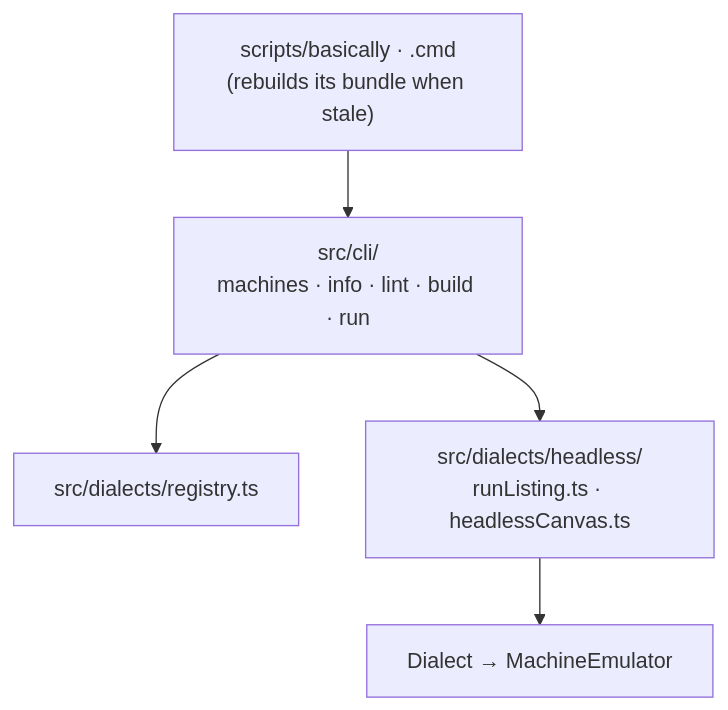
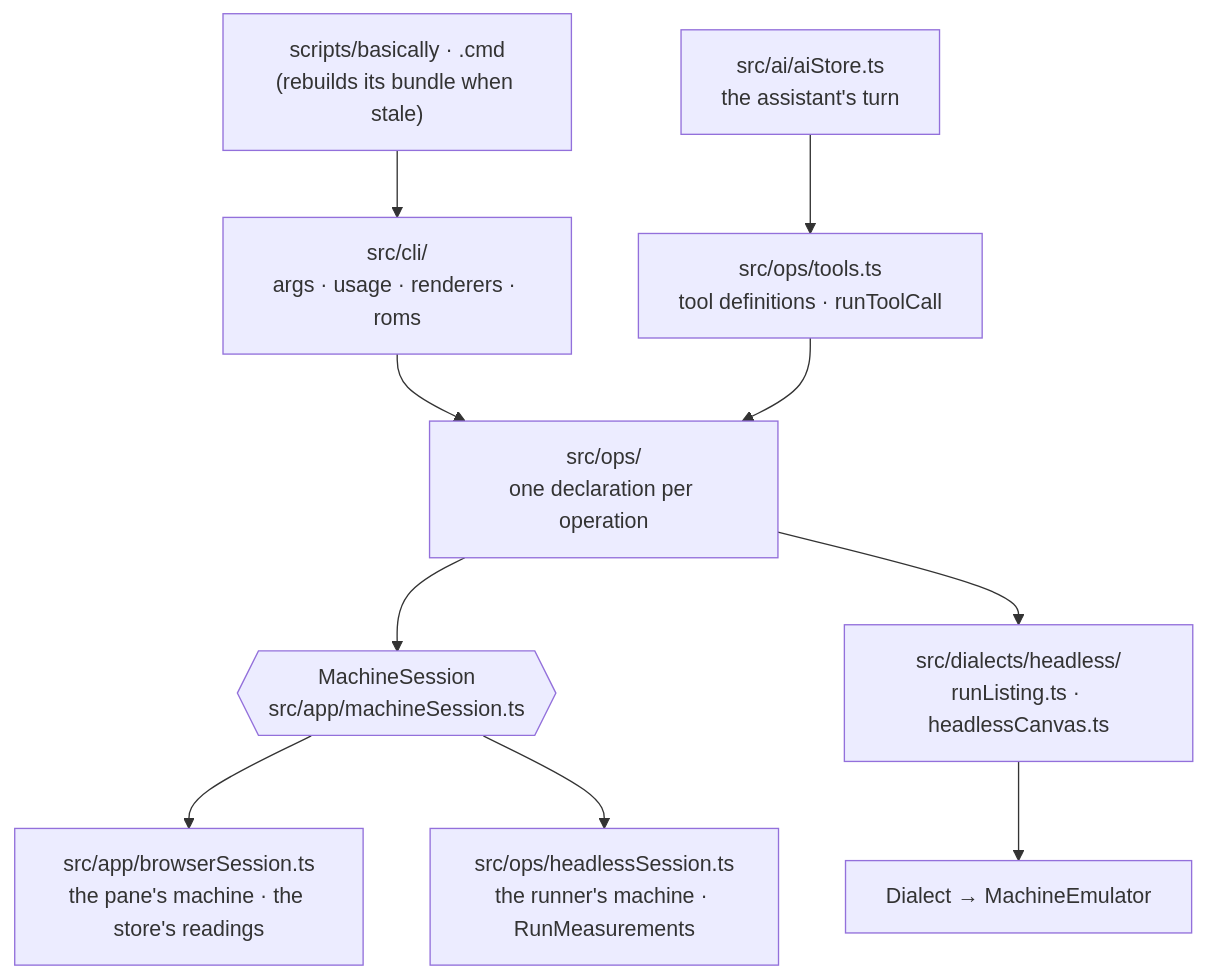
Diagram 12 of 13 in docs/contributing/architecture.md (seanhodges/basically), drawn with Mermaid before and after one commit. The commit also changed other lines of this file and 66 other files, not shown here.

````diff
--- a/docs/contributing/architecture.md
+++ b/docs/contributing/architecture.md
@@ -686,7 +704,12 @@
 ```mermaid
 flowchart TB
-  cli["scripts/basically · .cmd<br/>(rebuilds its bundle when stale)"] --> ops["src/cli/<br/>machines · info · lint · build · run"]
-  ops --> reg["src/dialects/registry.ts"]
+  cli["scripts/basically · .cmd<br/>(rebuilds its bundle when stale)"] --> grammar["src/cli/<br/>args · usage · renderers · roms"]
+  grammar --> ops["src/ops/<br/>one declaration per operation"]
+  ai["src/ai/aiStore.ts<br/>the assistant's turn"] --> tools["src/ops/tools.ts<br/>tool definitions · runToolCall"]
+  tools --> ops
+  ops --> session{{"MachineSession<br/>src/app/machineSession.ts"}}
+  session --> browser["src/app/browserSession.ts<br/>the pane's machine · the store's readings"]
+  session --> headless["src/ops/headlessSession.ts<br/>the runner's machine · RunMeasurements"]
   ops --> hl["src/dialects/headless/<br/>runListing.ts · headlessCanvas.ts"]
   hl --> seam["Dialect → MachineEmulator"]
 ```
````
